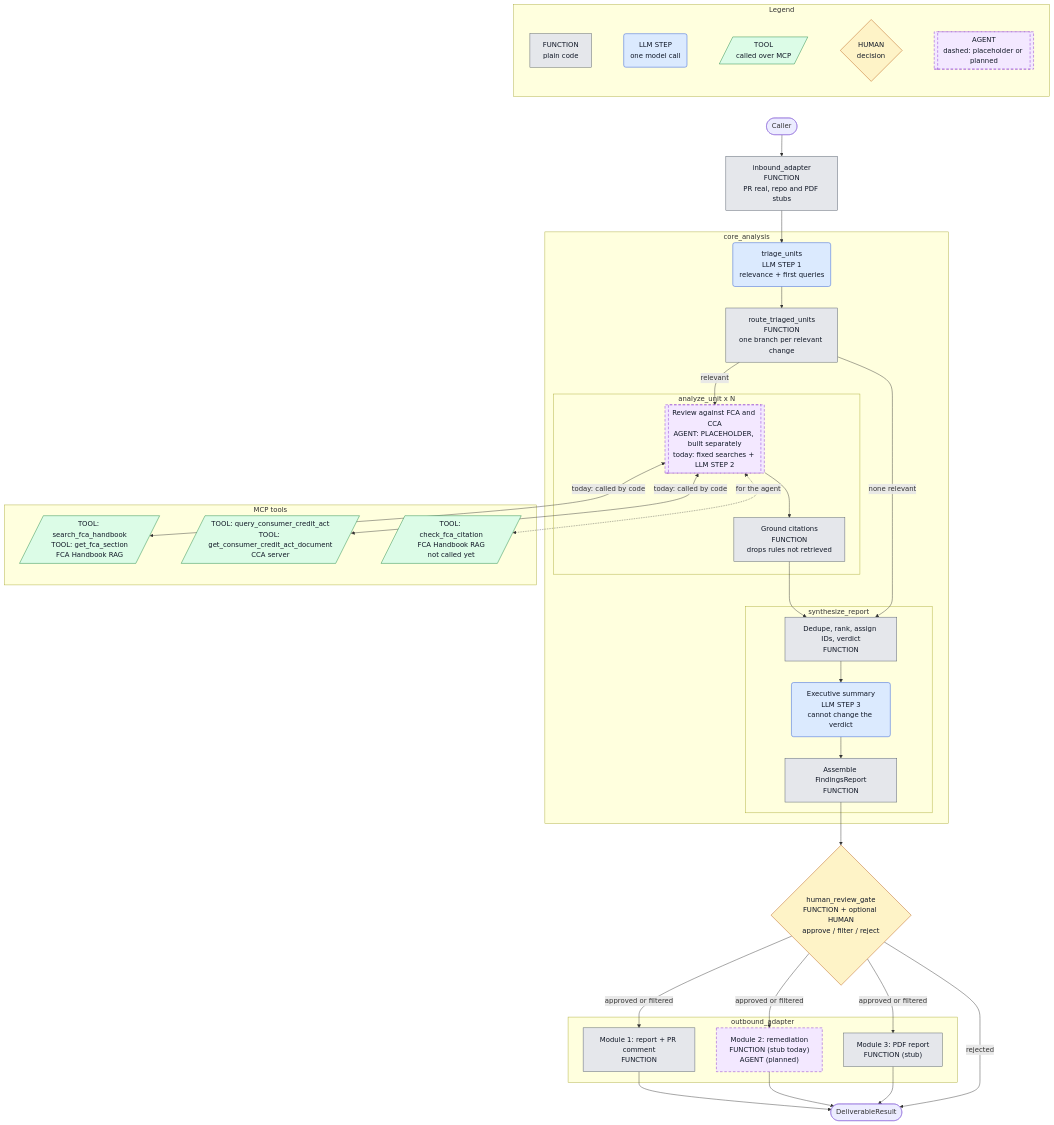
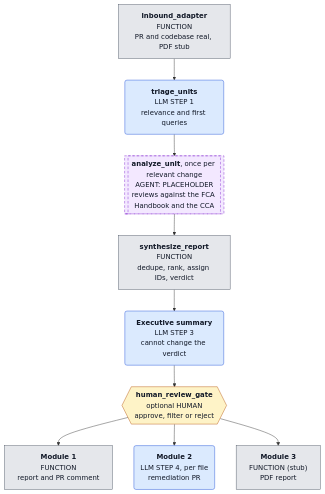
One commit to langchain-samples/fsi-hackathon-london-2026 changed the third of 4 diagrams in 04_fca_compliance_agent/ARCHITECTURE.md. Above: the diagram before and after it, drawn with Mermaid. The commit also changed other lines of this file, not shown here.

First line of the commit message:
docs(04): make the architecture diagrams readable and match them to main

````diff
--- a/04_fca_compliance_agent/ARCHITECTURE.md
+++ b/04_fca_compliance_agent/ARCHITECTURE.md
@@ -126,63 +119,27 @@
 ```mermaid
 flowchart TB
-    subgraph LEGEND["Legend"]
-        direction LR
-        L1["FUNCTION<br/>plain code"] ~~~ L2("LLM STEP<br/>one model call") ~~~ L3[/"TOOL<br/>called over MCP"/] ~~~ L4{"HUMAN<br/>decision"} ~~~ L5[["AGENT<br/>dashed: placeholder or planned"]]
-    end
-    LEGEND ~~~ START
+    IN["<b>inbound_adapter</b><br/>FUNCTION<br/>PR and codebase real, PDF stub"]
+    TRI("<b>triage_units</b><br/>LLM STEP 1<br/>relevance and first queries")
+    AGENT[["<b>analyze_unit</b>, once per relevant change<br/>AGENT: PLACEHOLDER<br/>reviews against the FCA Handbook and the CCA"]]
+    RANK["<b>synthesize_report</b><br/>FUNCTION<br/>dedupe, rank, assign IDs, verdict"]
+    SUM("<b>Executive summary</b><br/>LLM STEP 3<br/>cannot change the verdict")
+    GATE{{"<b>human_review_gate</b><br/>optional HUMAN<br/>approve, filter or reject"}}
+    M1["<b>Module 1</b><br/>FUNCTION<br/>report and PR comment"]
+    M2("<b>Module 2</b><br/>LLM STEP 4, per file<br/>remediation PR")
+    M3["<b>Module 3</b><br/>FUNCTION (stub)<br/>PDF report"]
 
-    START(["Caller"]) --> IN["inbound_adapter<br/>FUNCTION<br/>PR real, repo and PDF stubs"]
-
-    subgraph CORE["core_analysis"]
-        TRI("triage_units<br/>LLM STEP 1<br/>relevance + first queries")
-        ROUTE["route_triaged_units<br/>FUNCTION<br/>one branch per relevant change"]
-
-        subgraph ANALYZE["analyze_unit x N"]
-            AGENT[["Review against FCA and CCA<br/>AGENT: PLACEHOLDER, built separately<br/>today: fixed searches + LLM STEP 2"]]
-            CHECK["Ground citations<br/>FUNCTION<br/>drops rules not retrieved"]
-        end
-
-        subgraph SYNTH["synthesize_report"]
-            RANK["Dedupe, rank, assign IDs, verdict<br/>FUNCTION"]
-            SUM("Executive summary<br/>LLM STEP 3<br/>cannot change the verdict")
-            REPORT["Assemble FindingsReport<br/>FUNCTION"]
-        end
-    end
-
-    subgraph TOOLS["MCP tools"]
-        FCA[/"TOOL: search_fca_handbook<br/>TOOL: get_fca_section<br/>FCA Handbook RAG"/]
-        CCA[/"TOOL: query_consumer_credit_act<br/>TOOL: get_consumer_credit_act_document<br/>CCA server"/]
-        CIT[/"TOOL: check_fca_citation<br/>FCA Handbook RAG<br/>not called yet"/]
-    end
-
-    GATE{"human_review_gate<br/>FUNCTION + optional HUMAN<br/>approve / filter / reject"}
-
-    subgraph OUT["outbound_adapter"]
-        OUTPR["Module 1: report + PR comment<br/>FUNCTION"]
-        OUTREPO["Module 2: remediation<br/>FUNCTION (stub today)<br/>AGENT (planned)"]
-        OUTPDF["Module 3: PDF report<br/>FUNCTION (stub)"]
-    end
-
-    DONE(["DeliverableResult"])
-
-    IN --> TRI --> ROUTE
-    ROUTE -->|"relevant"| AGENT
-    ROUTE -->|"none relevant"| RANK
-    AGENT <-->|"today: called by code"| FCA & CCA
-    AGENT <-.->|"for the agent"| CIT
-    AGENT --> CHECK --> RANK --> SUM --> REPORT --> GATE
-    GATE -->|"approved or filtered"| OUTPR & OUTREPO & OUTPDF
-    GATE -->|"rejected"| DONE
-    OUTPR & OUTREPO & OUTPDF --> DONE
+    IN --> TRI --> AGENT --> RANK --> SUM --> GATE
+    GATE --> M1
+    GATE --> M2
+    GATE --> M3
 
     classDef fn fill:#e5e7eb,stroke:#4b5563,color:#111827
     classDef llm fill:#dbeafe,stroke:#1d4ed8,color:#111827
     classDef tool fill:#dcfce7,stroke:#15803d,color:#111827
     classDef human fill:#fef3c7,stroke:#b45309,color:#111827
-    classDef planned fill:#f3e8ff,stroke:#7e22ce,color:#111827,stroke-dasharray:6 4
-    class IN,ROUTE,CHECK,RANK,REPORT,OUTPR,OUTPDF,L1 fn
-    class TRI,SUM,L2 llm
-    class FCA,CCA,CIT,L3 tool
-    class GATE,L4 human
-    class AGENT,OUTREPO,L5 planned
+    classDef agent fill:#f3e8ff,stroke:#7e22ce,color:#111827,stroke-dasharray:6 4
+    class IN,RANK,M1,M3 fn
+    class TRI,SUM,M2 llm
+    class GATE human
+    class AGENT agent
 ```
````
